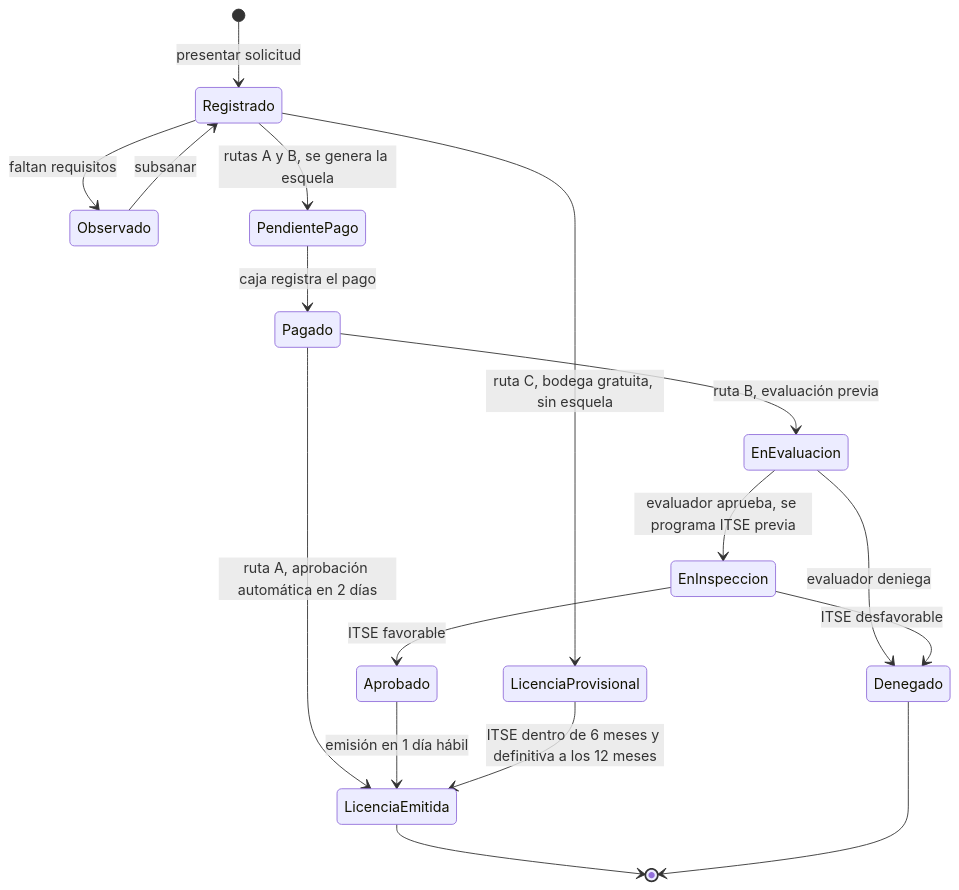
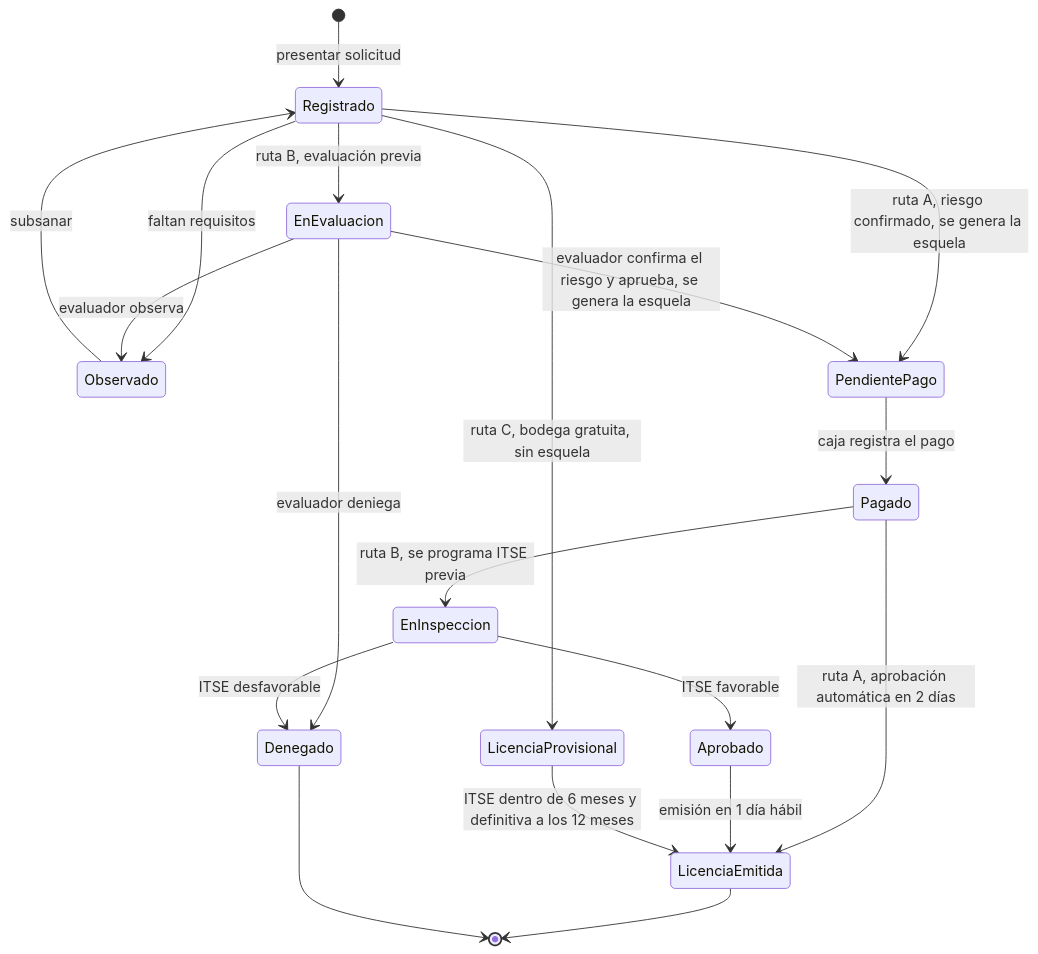
The diagram in docs/03-diseno-de-software/diseno-interno/diseno-interno-de-modulos.md (yeymyloson18/Licencias-Huanta-arquitSoft-JEIMY), drawn with Mermaid before and after one commit. The commit also changed other lines of this file, not shown here.

Commit message:
docs: evaluación antes del pago, flecha a Observado y Reportes con tres consultas

````diff
--- a/docs/03-diseno-de-software/diseno-interno/diseno-interno-de-modulos.md
+++ b/docs/03-diseno-de-software/diseno-interno/diseno-interno-de-modulos.md
@@ -43,19 +43,21 @@
 ```mermaid
 stateDiagram-v2
     [*] --> Registrado: presentar solicitud
     Registrado --> Observado: faltan requisitos
     Observado --> Registrado: subsanar
-    Registrado --> PendientePago: rutas A y B, se genera la esquela
+    Registrado --> PendientePago: ruta A, riesgo confirmado, se genera la esquela
+    Registrado --> EnEvaluacion: ruta B, evaluación previa
     Registrado --> LicenciaProvisional: ruta C, bodega gratuita, sin esquela
+    EnEvaluacion --> Observado: evaluador observa
+    EnEvaluacion --> Denegado: evaluador deniega
+    EnEvaluacion --> PendientePago: evaluador confirma el riesgo y aprueba, se genera la esquela
     PendientePago --> Pagado: caja registra el pago
     Pagado --> LicenciaEmitida: ruta A, aprobación automática en 2 días
-    Pagado --> EnEvaluacion: ruta B, evaluación previa
-    EnEvaluacion --> EnInspeccion: evaluador aprueba, se programa ITSE previa
-    EnEvaluacion --> Denegado: evaluador deniega
+    Pagado --> EnInspeccion: ruta B, se programa ITSE previa
     EnInspeccion --> Aprobado: ITSE favorable
     EnInspeccion --> Denegado: ITSE desfavorable
     Aprobado --> LicenciaEmitida: emisión en 1 día hábil
     LicenciaProvisional --> LicenciaEmitida: ITSE dentro de 6 meses y definitiva a los 12 meses
     LicenciaEmitida --> [*]
     Denegado --> [*]
 ```
````
